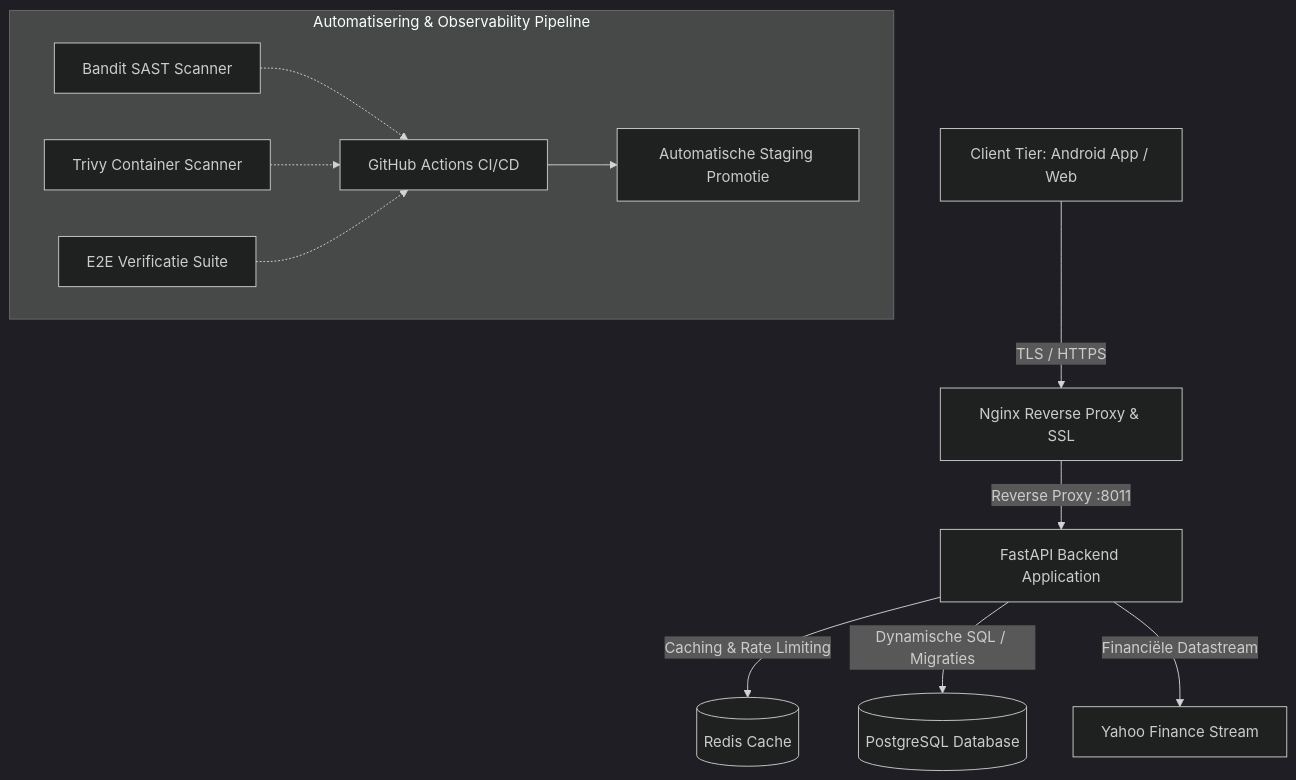
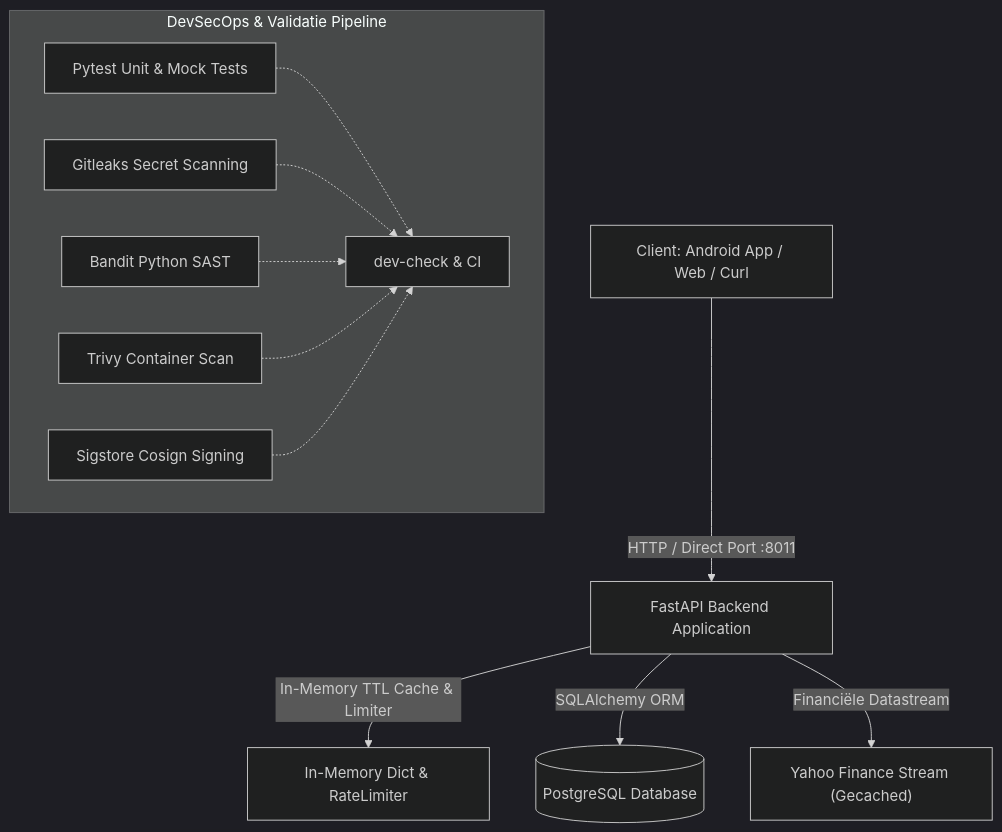
The diagram in content/projects/backend-api/index.nl.md (sebian-lab/sebian-lab.github.io), drawn with Mermaid (dark theme) before and after one commit. The commit also changed other lines of this file and 216 other files, not shown here.

Commit message:
docs: align AlphaTracer architecture with exact codebase and update CV

```diff
--- a/content/projects/backend-api/index.nl.md
+++ b/content/projects/backend-api/index.nl.md
@@ -44,15 +38,15 @@
 {{< mermaid >}}
 graph TD
-    Client["Client Tier: Android App / Web"] -->|"TLS / HTTPS"| Nginx["Nginx Reverse Proxy & SSL"]
-    Nginx -->|"Reverse Proxy :8011"| FastAPI["FastAPI Backend Application"]
-    FastAPI -->|"Caching & Rate Limiting"| Redis[("Redis Cache")]
-    FastAPI -->|"Dynamische SQL / Migraties"| Postgres[("PostgreSQL Database")]
-    FastAPI -->|"Financiële Datastream"| YFinance["Yahoo Finance Stream"]
+    Client["Client: Android App / Web / Curl"] -->|"HTTP / Direct Port :8011"| FastAPI["FastAPI Backend Application"]
+    FastAPI -->|"In-Memory TTL Cache & Limiter"| InMem["In-Memory Dict & RateLimiter"]
+    FastAPI -->|"SQLAlchemy ORM"| Postgres[("PostgreSQL Database")]
+    FastAPI -->|"Financiële Datastream"| YFinance["Yahoo Finance Stream (Gecached)"]
     
-    subgraph Pipeline ["Automatisering & Observability Pipeline"]
-        Bandit["Bandit SAST Scanner"] -.-> CI["GitHub Actions CI/CD"]
-        Trivy["Trivy Container Scanner"] -.-> CI
-        E2E["E2E Verificatie Suite"] -.-> CI
-        CI --> Staging["Automatische Staging Promotie"]
+    subgraph Pipeline ["DevSecOps & Validatie Pipeline"]
+        Pytest["Pytest Unit & Mock Tests"] -.-> CI["dev-check & CI"]
+        Gitleaks["Gitleaks Secret Scanning"] -.-> CI
+        Bandit["Bandit Python SAST"] -.-> CI
+        Trivy["Trivy Container Scan"] -.-> CI
+        Cosign["Sigstore Cosign Signing"] -.-> CI
     end
 {{< /mermaid >}}
```
